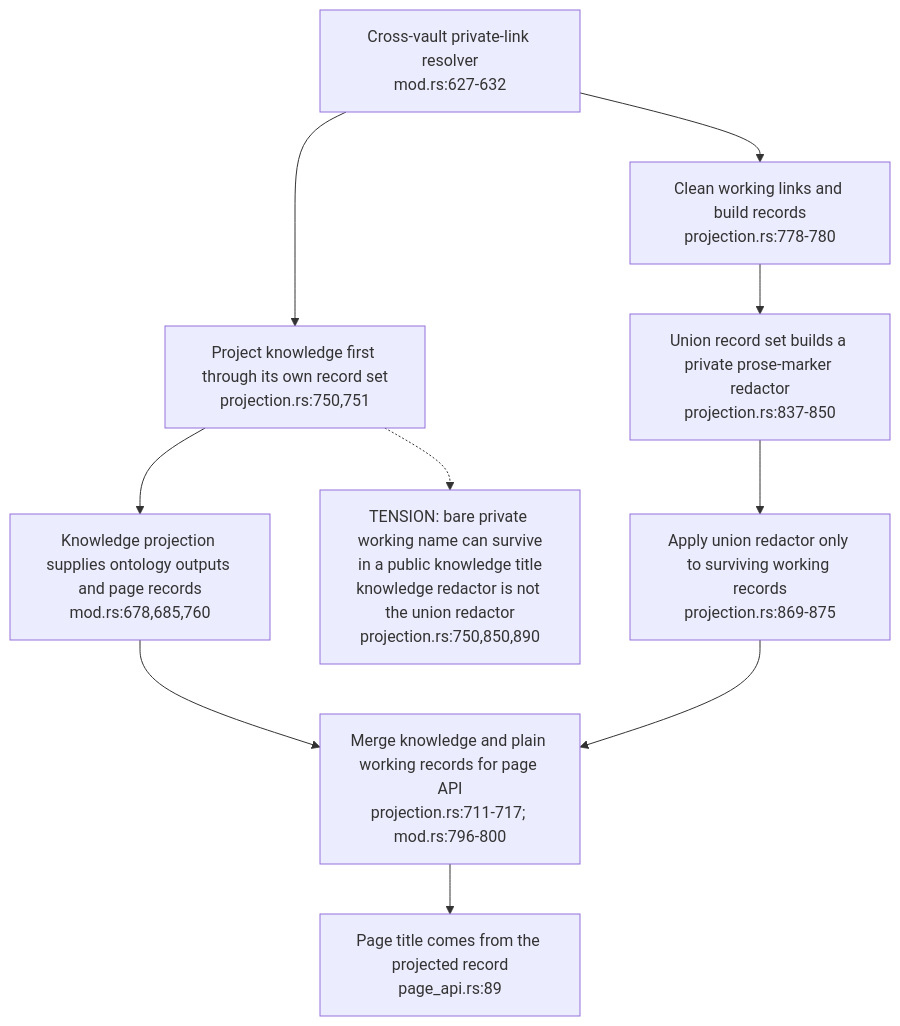
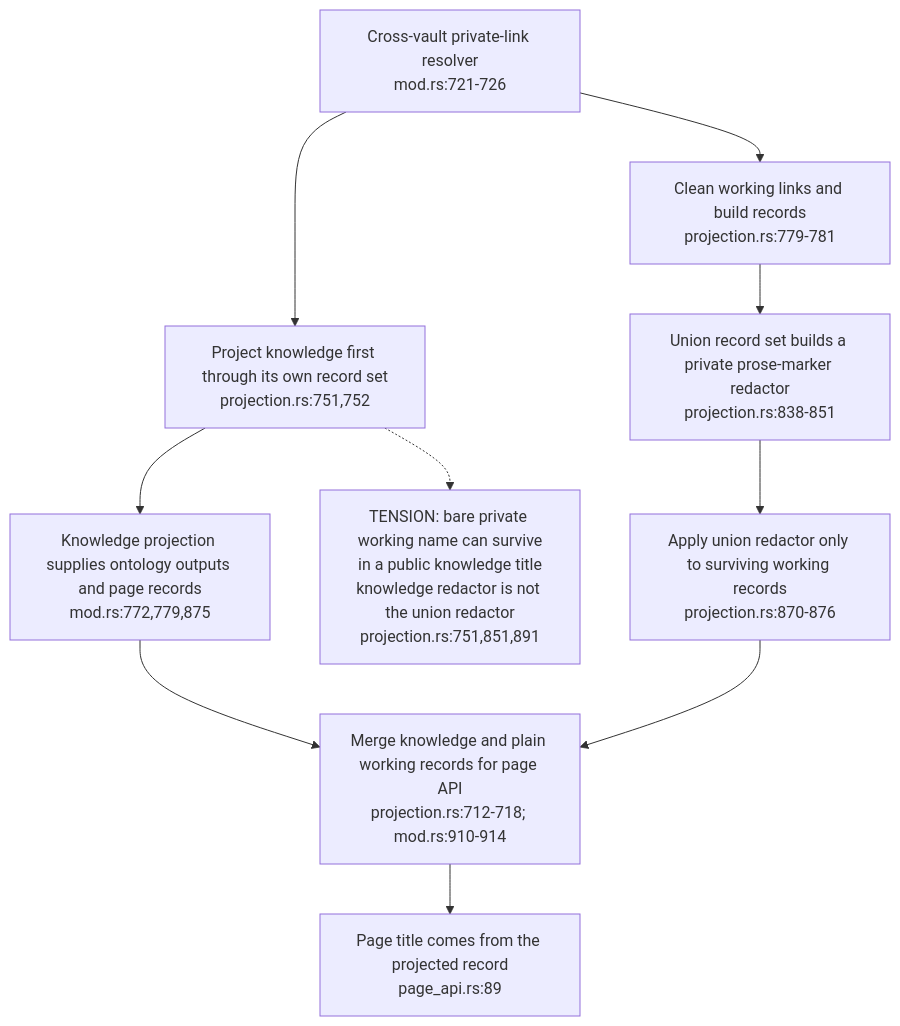
The second of 3 diagrams in docs/diagrams/ontomark/11-machine-bundle-identity-and-disclosure.md (DreamLab-AI/VisionFlow), drawn with Mermaid before and after one commit. The commit also changed other lines of this file and 59 other files, not shown here.

First line of the commit message:
docs(diagrams): re-derive and re-stamp forum, website, pod, ontomark and sealmap topics

````diff
--- a/docs/diagrams/ontomark/11-machine-bundle-identity-and-disclosure.md
+++ b/docs/diagrams/ontomark/11-machine-bundle-identity-and-disclosure.md
@@ -46,12 +46,12 @@
 ```mermaid
 flowchart TD
-    LINKS["Cross-vault private-link resolver<br/>mod.rs:627-632"] --> K["Project knowledge first through its own record set<br/>projection.rs:750,751"]
-    K --> KP["Knowledge projection supplies ontology outputs and page records<br/>mod.rs:678,685,760"]
-    LINKS --> W["Clean working links and build records<br/>projection.rs:778-780"]
-    W --> UNION["Union record set builds a private prose-marker redactor<br/>projection.rs:837-850"]
-    UNION --> WP["Apply union redactor only to surviving working records<br/>projection.rs:869-875"]
-    KP --> API["Merge knowledge and plain working records for page API<br/>projection.rs:711-717; mod.rs:796-800"]
+    LINKS["Cross-vault private-link resolver<br/>mod.rs:721-726"] --> K["Project knowledge first through its own record set<br/>projection.rs:751,752"]
+    K --> KP["Knowledge projection supplies ontology outputs and page records<br/>mod.rs:772,779,875"]
+    LINKS --> W["Clean working links and build records<br/>projection.rs:779-781"]
+    W --> UNION["Union record set builds a private prose-marker redactor<br/>projection.rs:838-851"]
+    UNION --> WP["Apply union redactor only to surviving working records<br/>projection.rs:870-876"]
+    KP --> API["Merge knowledge and plain working records for page API<br/>projection.rs:712-718; mod.rs:910-914"]
     WP --> API
     API --> TITLE["Page title comes from the projected record<br/>page_api.rs:89"]
-    K -.-> GAP["TENSION: bare private working name can survive<br/>in a public knowledge title<br/>knowledge redactor is not the union redactor<br/>projection.rs:750,850,890"]
+    K -.-> GAP["TENSION: bare private working name can survive<br/>in a public knowledge title<br/>knowledge redactor is not the union redactor<br/>projection.rs:751,851,891"]
 ```
````
